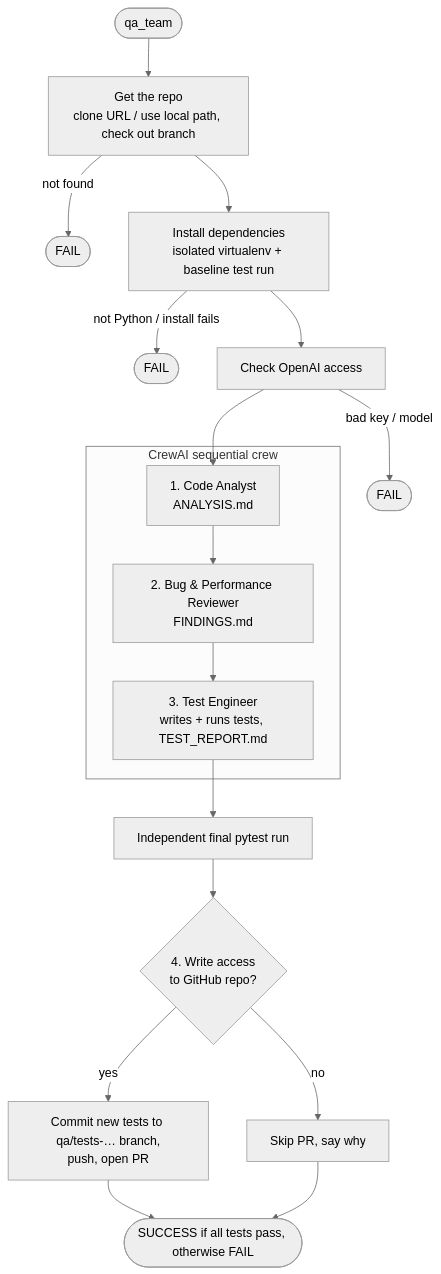
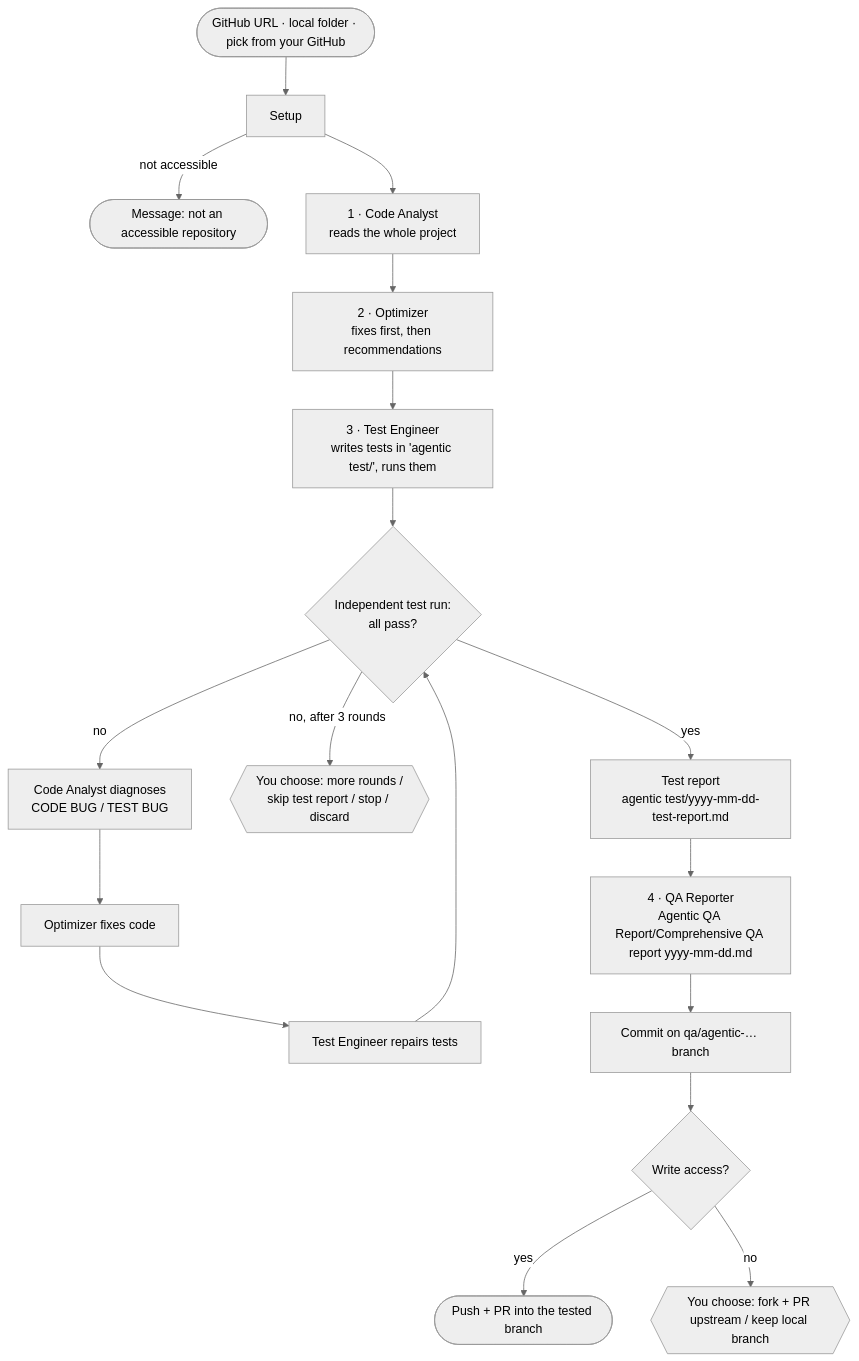
One commit to professor-jo/qa-agentic-system changed the diagram in docs/WORKFLOW.md. Above: the diagram before and after it, drawn with Mermaid (neutral theme). The commit also changed other lines of this file and 20 other files, not shown here.

First line of the commit message:
Rebuild as Agentic QA: analyze, fix, test and report on any repo

````diff
--- a/docs/WORKFLOW.md
+++ b/docs/WORKFLOW.md
@@ -16,21 +6,17 @@
 ```mermaid
 flowchart TD
-    A([qa_team]) --> B[Get the repo<br/>clone URL / use local path, check out branch]
-    B -- not found --> F1([FAIL])
-    B --> C[Install dependencies<br/>isolated virtualenv + baseline test run]
-    C -- not Python / install fails --> F2([FAIL])
-    C --> K[Check OpenAI access]
-    K -- bad key / model --> F3([FAIL])
-    K --> S1
-
-    subgraph crew [CrewAI sequential crew]
-        S1[1. Code Analyst<br/>ANALYSIS.md] --> S2[2. Bug & Performance Reviewer<br/>FINDINGS.md]
-        S2 --> S3[3. Test Engineer<br/>writes + runs tests, TEST_REPORT.md]
-    end
-
-    S3 --> V[Independent final pytest run]
-    V --> P{4. Write access<br/>to GitHub repo?}
-    P -- yes --> PR[Commit new tests to qa/tests-… branch,<br/>push, open PR]
-    P -- no --> SK[Skip PR, say why]
-    PR & SK --> R([SUCCESS if all tests pass, otherwise FAIL])
+    IN([GitHub URL · local folder · pick from your GitHub]) --> S[Setup]
+    S -- not accessible --> MSG([Message: not an accessible repository])
+    S --> A[1 · Code Analyst<br/>reads the whole project]
+    A --> O[2 · Optimizer<br/>fixes first, then recommendations]
+    O --> T[3 · Test Engineer<br/>writes tests in 'agentic test/', runs them]
+    T --> V{Independent test run:<br/>all pass?}
+    V -- no --> D[Code Analyst diagnoses<br/>CODE BUG / TEST BUG] --> F[Optimizer fixes code] --> R[Test Engineer repairs tests] --> V
+    V -- "no, after 3 rounds" --> ASK{{You choose: more rounds /<br/>skip test report / stop / discard}}
+    V -- yes --> TR[Test report<br/>agentic test/yyyy-mm-dd-test-report.md]
+    TR --> Q[4 · QA Reporter<br/>Agentic QA Report/Comprehensive QA report yyyy-mm-dd.md]
+    Q --> B[Commit on qa/agentic-… branch]
+    B --> P{Write access?}
+    P -- yes --> PR([Push + PR into the tested branch])
+    P -- no --> FK{{You choose: fork + PR upstream / keep local branch}}
 ```
````
